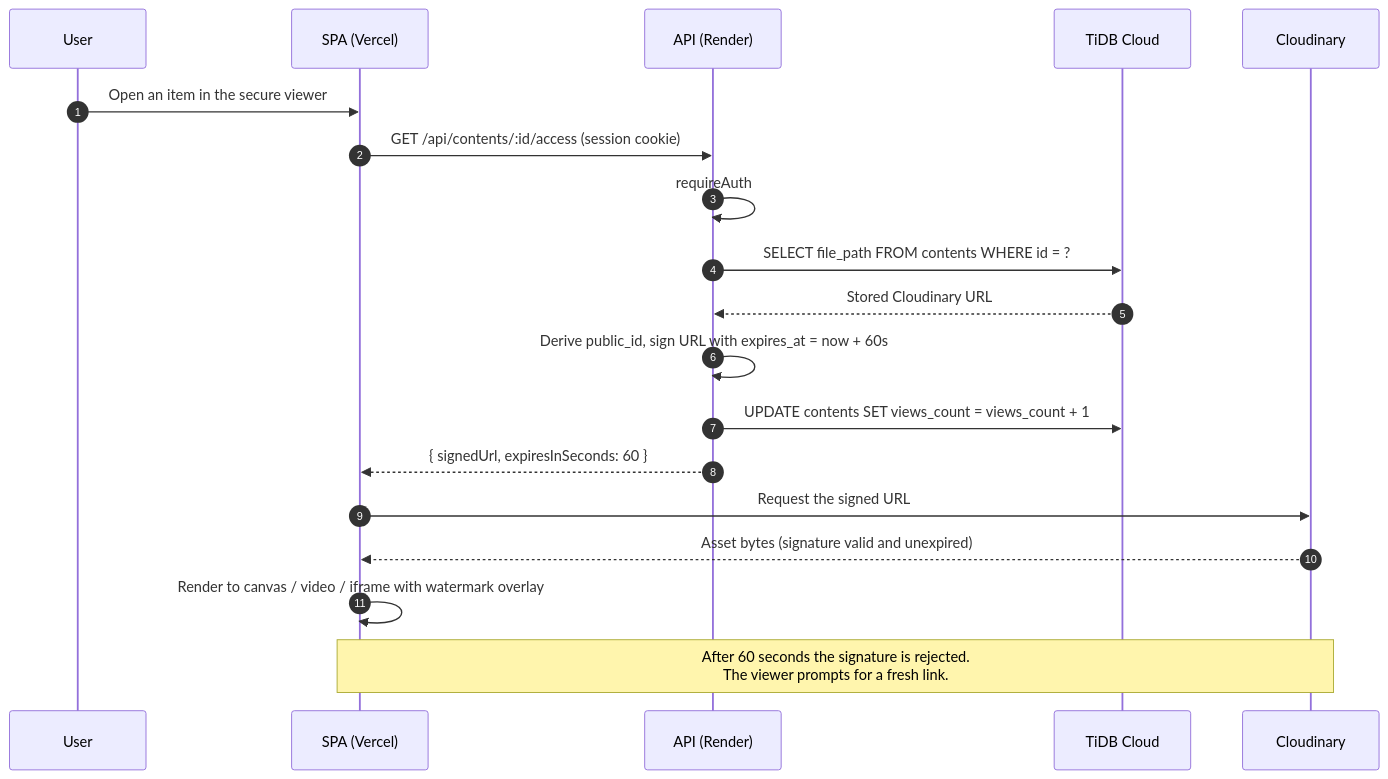
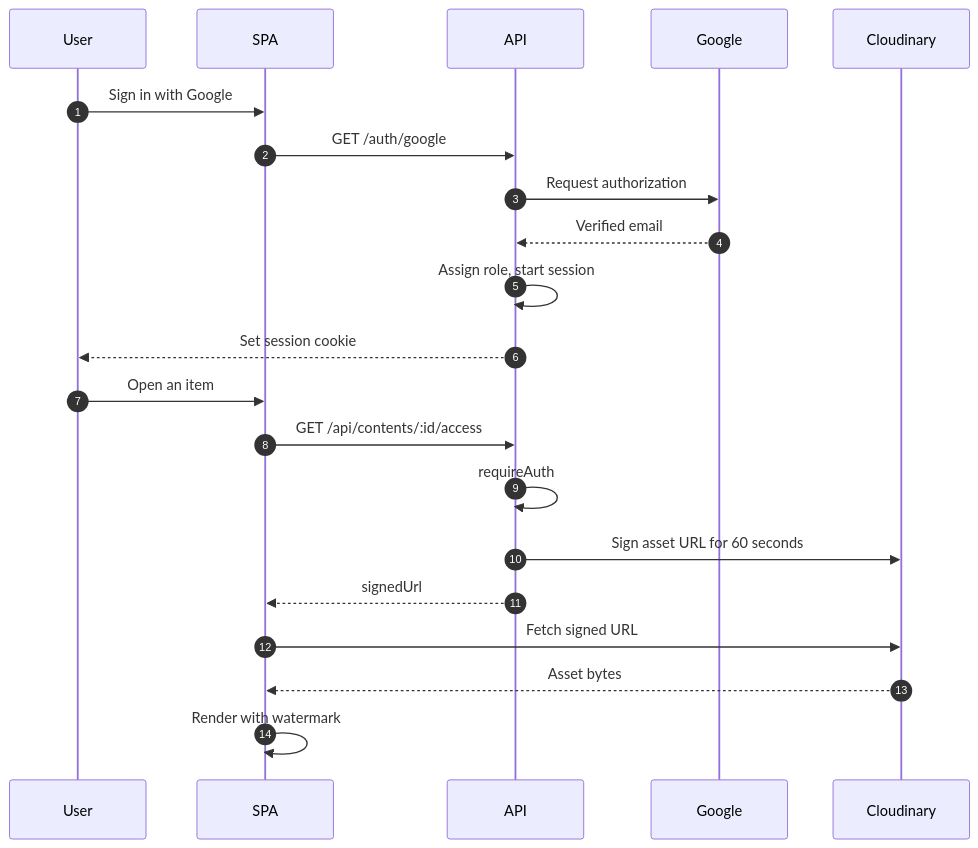
One commit to JeffersenGodfrey/Secure-Portal changed the first of 2 diagrams in README.md. Above: the diagram before and after it, drawn with Mermaid. The commit also changed other lines of this file, not shown here.

Commit message:
docs: simplify Request Flows into two compact diagrams with aligned labels

````diff
--- a/README.md
+++ b/README.md
@@ -135,22 +109,25 @@
 ```mermaid
 sequenceDiagram
     autonumber
     participant U as User
-    participant S as SPA (Vercel)
-    participant A as API (Render)
-    participant D as TiDB Cloud
+    participant S as SPA
+    participant A as API
+    participant G as Google
     participant C as Cloudinary
 
-    U->>S: Open an item in the secure viewer
-    S->>A: GET /api/contents/:id/access (session cookie)
+    U->>S: Sign in with Google
+    S->>A: GET /auth/google
+    A->>G: Request authorization
+    G-->>A: Verified email
+    A->>A: Assign role, start session
+    A-->>U: Set session cookie
+
+    U->>S: Open an item
+    S->>A: GET /api/contents/:id/access
     A->>A: requireAuth
-    A->>D: SELECT file_path FROM contents WHERE id = ?
-    D-->>A: Stored Cloudinary URL
-    A->>A: Derive public_id, sign URL with expires_at = now + 60s
-    A->>D: UPDATE contents SET views_count = views_count + 1
-    A-->>S: { signedUrl, expiresInSeconds: 60 }
-    S->>C: Request the signed URL
-    C-->>S: Asset bytes (signature valid and unexpired)
-    S->>S: Render to canvas / video / iframe with watermark overlay
-    Note over S,C: After 60 seconds the signature is rejected.<br/>The viewer prompts for a fresh link.
+    A->>C: Sign asset URL for 60 seconds
+    A-->>S: signedUrl
+    S->>C: Fetch signed URL
+    C-->>S: Asset bytes
+    S->>S: Render with watermark
 ```
````
